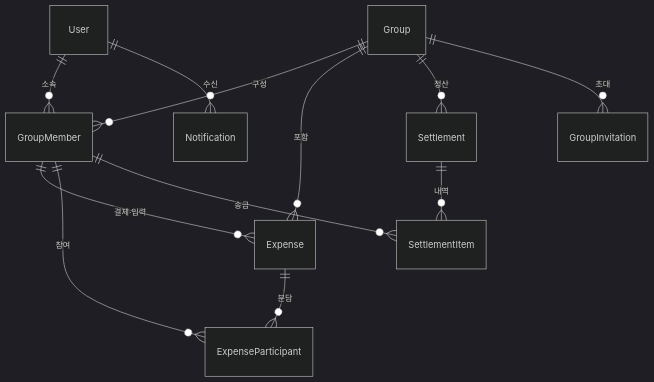
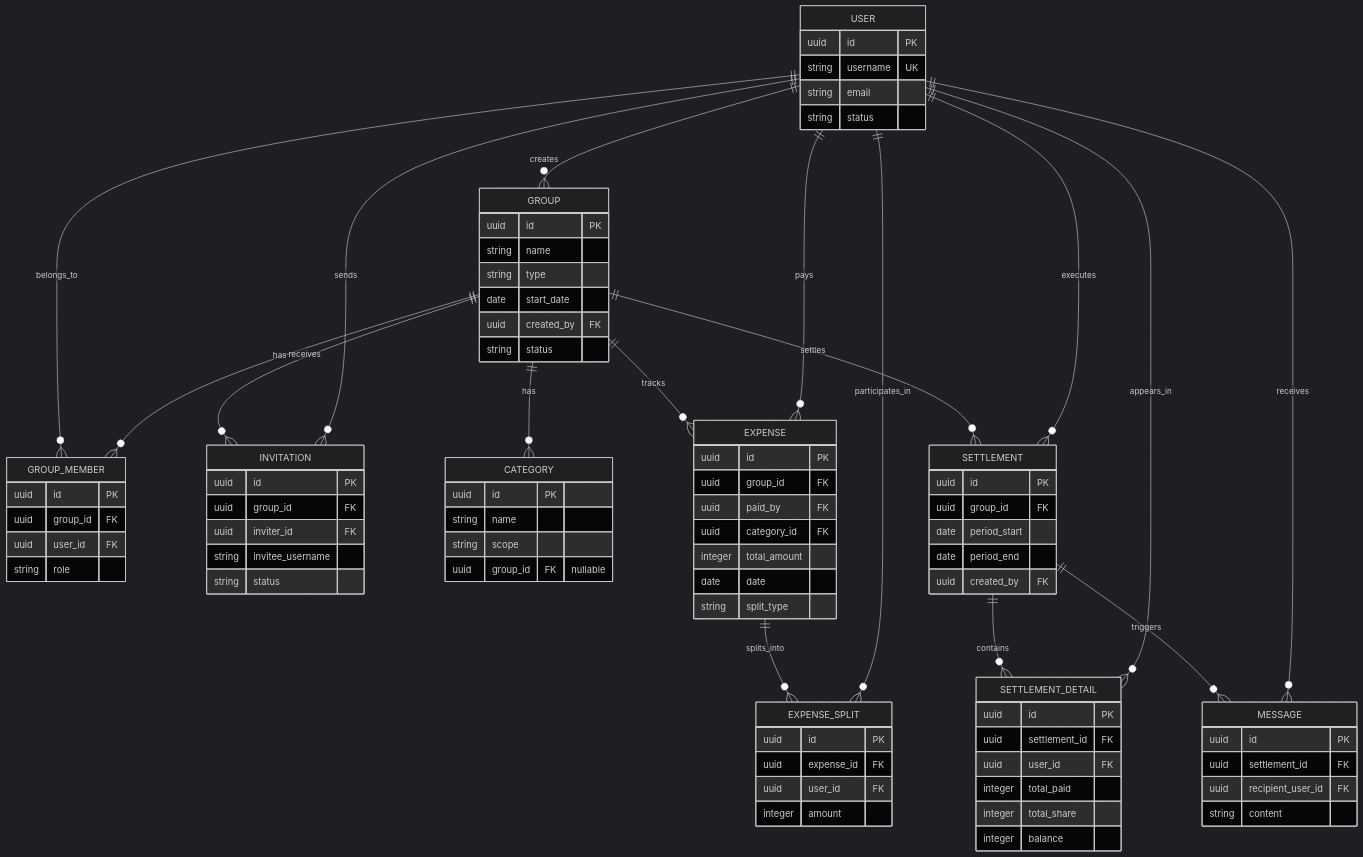
Before and after one commit to stepanowon/budget-book: the second of 5 diagrams in docs/5-arch-diagram.md, drawn with Mermaid (dark theme). The commit also changed other lines of this file and 4 other files, not shown here.

````diff
--- a/docs/5-arch-diagram.md
+++ b/docs/5-arch-diagram.md
@@ -98,14 +51,98 @@
 ```mermaid
 erDiagram
-    User ||--o{ GroupMember : "소속"
-    Group ||--o{ GroupMember : "구성"
-    Group ||--o{ Expense : "포함"
-    Group ||--o{ Settlement : "정산"
-    Group ||--o{ GroupInvitation : "초대"
-    GroupMember ||--o{ Expense : "결제·입력"
-    GroupMember ||--o{ ExpenseParticipant : "참여"
-    Expense ||--o{ ExpenseParticipant : "분담"
-    Settlement ||--o{ SettlementItem : "내역"
-    GroupMember ||--o{ SettlementItem : "송금"
-    User ||--o{ Notification : "수신"
+    USER {
+        uuid id PK
+        string username UK
+        string email
+        string status
+    }
+    
+    GROUP {
+        uuid id PK
+        string name
+        string type
+        date start_date
+        uuid created_by FK
+        string status
+    }
+    
+    GROUP_MEMBER {
+        uuid id PK
+        uuid group_id FK
+        uuid user_id FK
+        string role
+    }
+    
+    INVITATION {
+        uuid id PK
+        uuid group_id FK
+        uuid inviter_id FK
+        string invitee_username
+        string status
+    }
+    
+    CATEGORY {
+        uuid id PK
+        string name
+        string scope
+        uuid group_id FK "nullable"
+    }
+    
+    EXPENSE {
+        uuid id PK
+        uuid group_id FK
+        uuid paid_by FK
+        uuid category_id FK
+        integer total_amount
+        date date
+        string split_type
+    }
+    
+    EXPENSE_SPLIT {
+        uuid id PK
+        uuid expense_id FK
+        uuid user_id FK
+        integer amount
+    }
+    
+    SETTLEMENT {
+        uuid id PK
+        uuid group_id FK
+        date period_start
+        date period_end
+        uuid created_by FK
+    }
+    
+    SETTLEMENT_DETAIL {
+        uuid id PK
+        uuid settlement_id FK
+        uuid user_id FK
+        integer total_paid
+        integer total_share
+        integer balance
+    }
+    
+    MESSAGE {
+        uuid id PK
+        uuid settlement_id FK
+        uuid recipient_user_id FK
+        string content
+    }
+
+    USER ||--o{ GROUP : "creates"
+    USER ||--o{ GROUP_MEMBER : "belongs_to"
+    GROUP ||--o{ GROUP_MEMBER : "has"
+    GROUP ||--o{ INVITATION : "receives"
+    USER ||--o{ INVITATION : "sends"
+    GROUP ||--o{ CATEGORY : "has"
+    GROUP ||--o{ EXPENSE : "tracks"
+    USER ||--o{ EXPENSE : "pays"
+    EXPENSE ||--o{ EXPENSE_SPLIT : "splits_into"
+    USER ||--o{ EXPENSE_SPLIT : "participates_in"
+    GROUP ||--o{ SETTLEMENT : "settles"
+    USER ||--o{ SETTLEMENT : "executes"
+    SETTLEMENT ||--o{ SETTLEMENT_DETAIL : "contains"
+    USER ||--o{ SETTLEMENT_DETAIL : "appears_in"
+    SETTLEMENT ||--o{ MESSAGE : "triggers"
+    USER ||--o{ MESSAGE : "receives"
 ```
````
